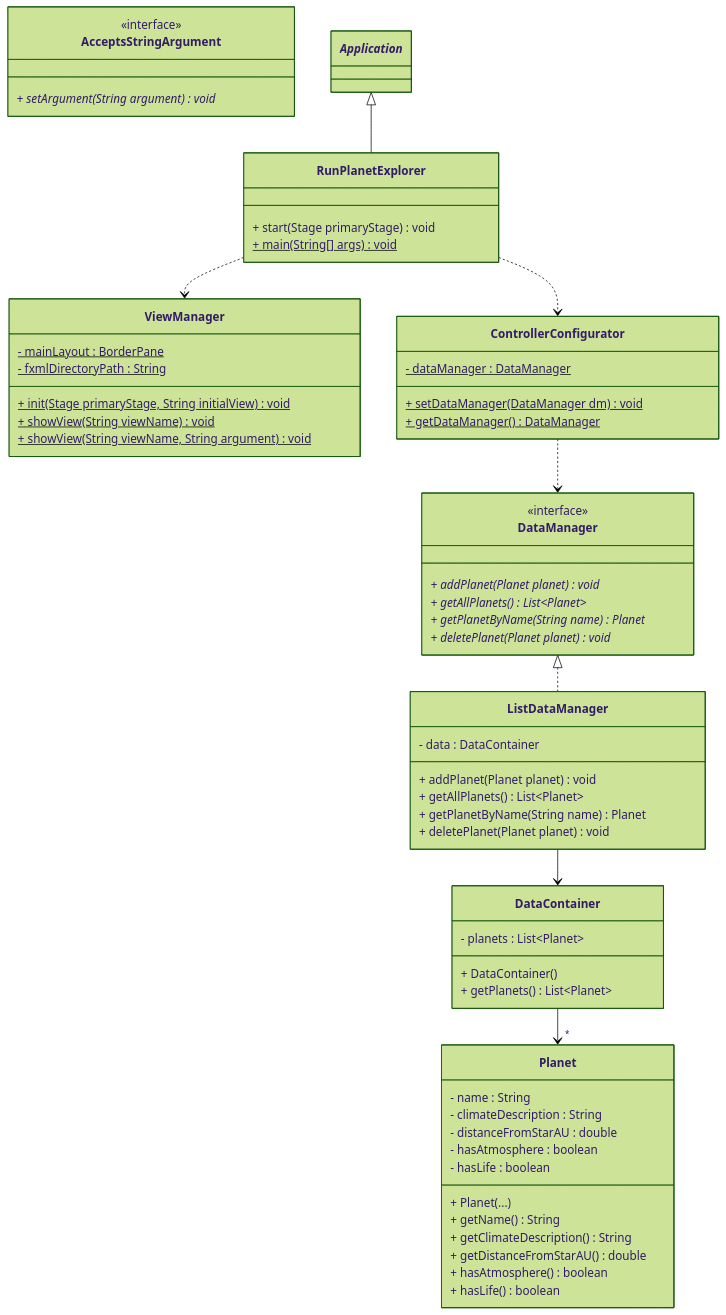
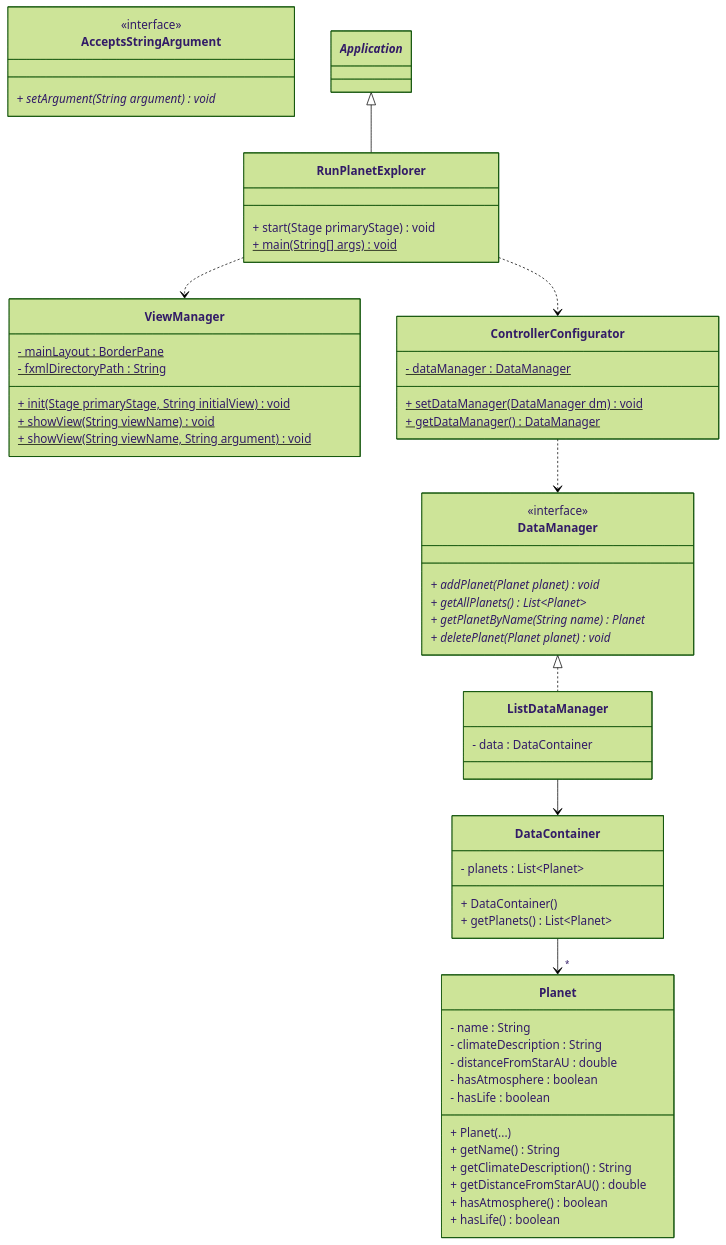
Before and after one commit to TroelsMortensen/Codelabs2: the first of 2 diagrams in Articles/Session 23 - JFX Application/006 Exercise.md, drawn with Mermaid (forest theme).

````diff
--- a/Articles/Session 23 - JFX Application/006 Exercise.md
+++ b/Articles/Session 23 - JFX Application/006 Exercise.md
@@ -107,70 +107,66 @@
 ```mermaid
 classDiagram
     class RunPlanetExplorer {
         + start(Stage primaryStage) void
         + main(String[] args) void$
     }
     
     class ViewManager {
         - mainLayout : BorderPane$
         - fxmlDirectoryPath : String$
         + init(Stage primaryStage, String initialView) void$
         + showView(String viewName) void$
         + showView(String viewName, String argument) void$
     }
     
     class AcceptsStringArgument {
         <<interface>>
         + setArgument(String argument)* void
     }
     
     class ControllerConfigurator {
         - dataManager : DataManager$
         + setDataManager(DataManager dm) void$
         + getDataManager() DataManager$
     }
     
     class DataManager {
         <<interface>>
         + addPlanet(Planet planet)* void
         + getAllPlanets()* List~Planet~
         + getPlanetByName(String name)* Planet
         + deletePlanet(Planet planet)* void
     }
     
     class ListDataManager {
         - data : DataContainer
-        + addPlanet(Planet planet) void
-        + getAllPlanets() List~Planet~
-        + getPlanetByName(String name) Planet
-        + deletePlanet(Planet planet) void
     }
     
     class DataContainer {
         - planets : List~Planet~
         + DataContainer()
         + getPlanets() List~Planet~
     }
     
     class Planet {
         - name : String
         - climateDescription : String
         - distanceFromStarAU : double
         - hasAtmosphere : boolean
         - hasLife : boolean
         + Planet(...)
         + getName() String
         + getClimateDescription() String
         + getDistanceFromStarAU() double
         + hasAtmosphere() boolean
         + hasLife() boolean
     }
     
     _Application_ <|-- RunPlanetExplorer
     RunPlanetExplorer ..> ViewManager
     RunPlanetExplorer ..> ControllerConfigurator
     ControllerConfigurator ..> DataManager
     DataManager <|.. ListDataManager
     ListDataManager --> DataContainer
     DataContainer --> "*" Planet
 ```
````
